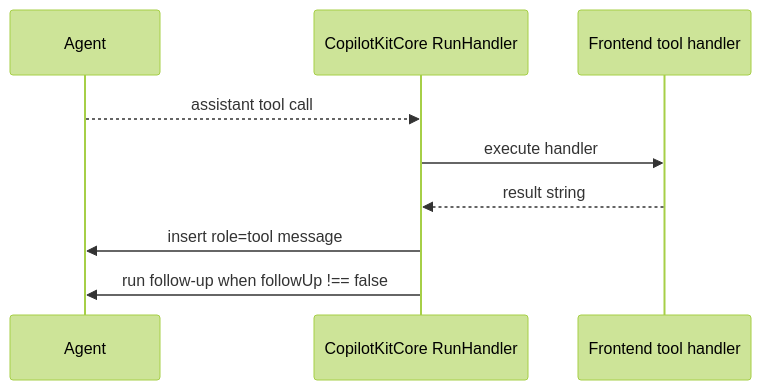
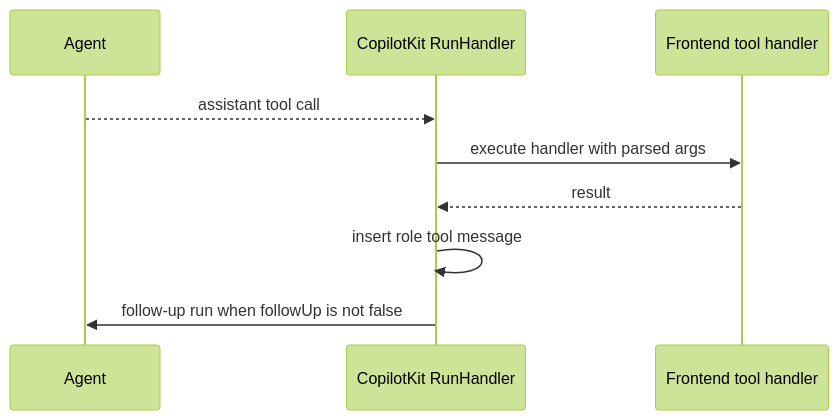
The second of 4 diagrams in site/docs/copilotkit-source/03-control-boundary.md (nfbs2000/speaky-CopilotKit), drawn with Mermaid (forest theme) before and after one commit. The commit also changed other lines of this file and 12 other files, not shown here.

Commit message:
expand CopilotKit source pages

````diff
--- a/site/docs/copilotkit-source/03-control-boundary.md
+++ b/site/docs/copilotkit-source/03-control-boundary.md
@@ -88,12 +88,12 @@
 ```mermaid
 sequenceDiagram
   participant Agent
-  participant Core as CopilotKitCore RunHandler
+  participant Core as CopilotKit RunHandler
   participant Tool as Frontend tool handler
 
   Agent-->>Core: assistant tool call
-  Core->>Tool: execute handler
-  Tool-->>Core: result string
-  Core->>Agent: insert role=tool message
-  Core->>Agent: run follow-up when followUp !== false
+  Core->>Tool: execute handler with parsed args
+  Tool-->>Core: result
+  Core->>Core: insert role tool message
+  Core->>Agent: follow-up run when followUp is not false
 ```
````
